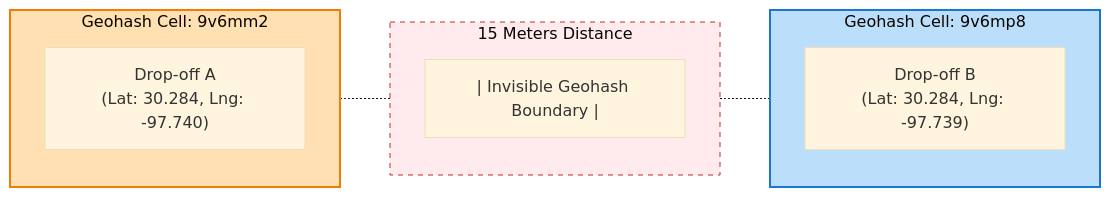
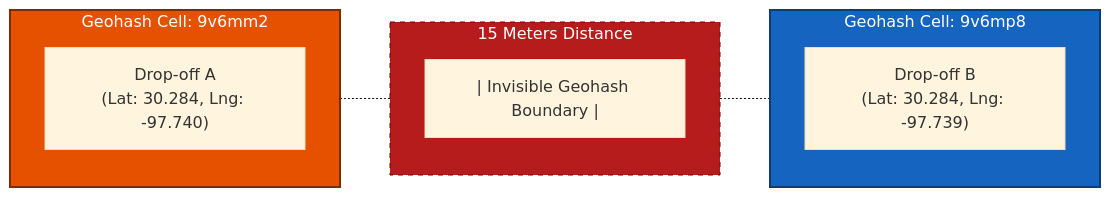
Before and after one commit to riyaz-pasha/Learnings: the fifth of 20 diagrams in system-design/HLD/0-course/28-Design Google Maps-FAANG-Guide-story.md, drawn with Mermaid (base theme). The commit also changed other lines of this file and 1 other file, not shown here.

First line of the commit message:
[HLD] Make Google Maps guide mermaid diagram colors theme-safe

````diff
--- a/system-design/HLD/0-course/28-Design Google Maps-FAANG-Guide-story.md
+++ b/system-design/HLD/0-course/28-Design Google Maps-FAANG-Guide-story.md
@@ -345,20 +345,20 @@
 ```mermaid
 flowchart LR
     subgraph Cell1["Geohash Cell: 9v6mm2"]
         A["Drop-off A<br/>(Lat: 30.284, Lng: -97.740)"]
     end
     
     subgraph Boundary["15 Meters Distance"]
         Line["| Invisible Geohash Boundary |"]
     end
 
     subgraph Cell2["Geohash Cell: 9v6mp8"]
         B["Drop-off B<br/>(Lat: 30.284, Lng: -97.739)"]
     end
 
     Cell1 -.- Boundary -.- Cell2
 
-    style Cell1 fill:#ffe0b2,stroke:#f57c00,stroke-width:2px
-    style Cell2 fill:#bbdefb,stroke:#1976d2,stroke-width:2px
-    style Boundary fill:#ffebee,stroke:#c62828,stroke-dasharray: 5 5
+    style Cell1 fill:#e65100,stroke:#7a2e00,color:#ffffff,stroke-width:2px
+    style Cell2 fill:#1565c0,stroke:#0d3d73,color:#ffffff,stroke-width:2px
+    style Boundary fill:#b71c1c,stroke:#6e0000,color:#ffffff,stroke-dasharray: 5 5
 ```
````
